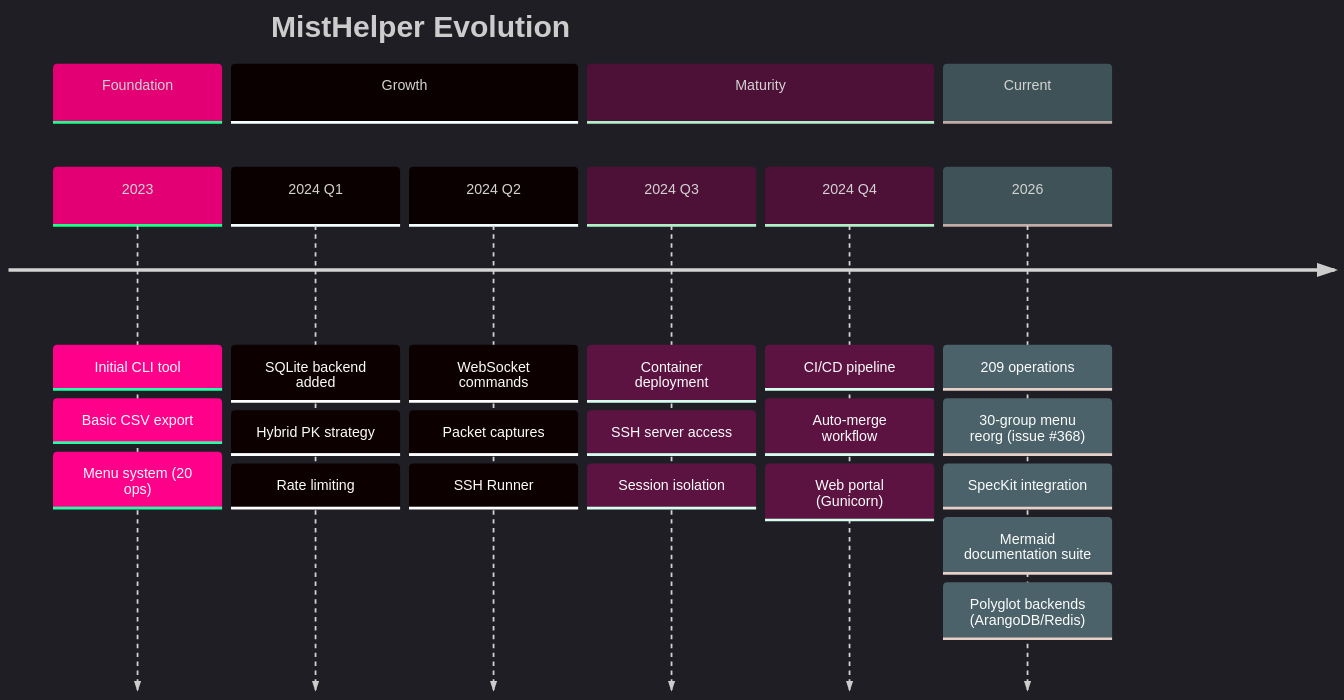
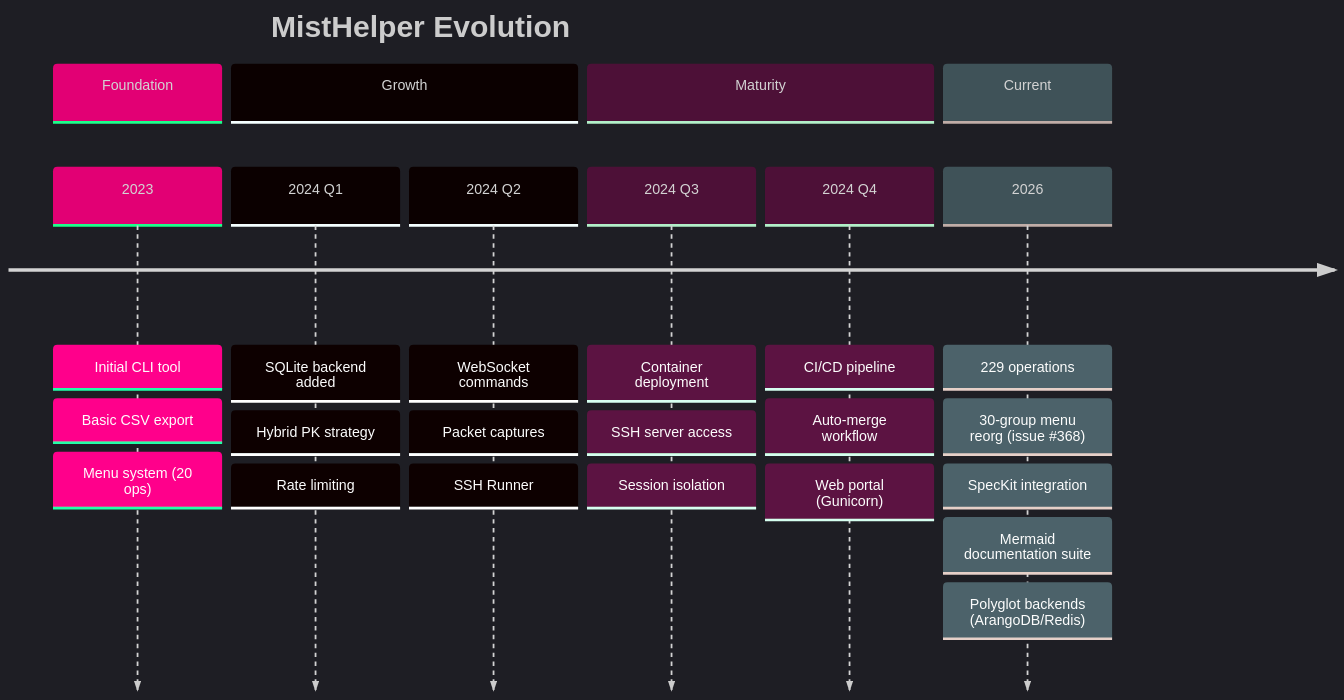
Before and after one commit to jmorrison-juniper/MistHelper: the fifth of 5 diagrams in documentation/diagrams/operations/metrics-and-analytics.md, drawn with Mermaid. The commit also changed other lines of this file and 5 other files, not shown here.

First line of the commit message:
fix(docs): correct the mermaid diagrams and the counts they show

````diff
--- a/documentation/diagrams/operations/metrics-and-analytics.md
+++ b/documentation/diagrams/operations/metrics-and-analytics.md
@@ -149,37 +149,37 @@
 ```mermaid
 %%{init: {'theme': 'dark', 'themeVariables': {
   'primaryColor': '#E20074',
   'primaryTextColor': '#E0E0E0',
   'primaryBorderColor': '#99004D',
   'lineColor': '#FF4DA6',
   'secondaryColor': '#16213E',
   'tertiaryColor': '#1A1A2E',
   'fontFamily': 'ui-monospace, monospace'
 }}}%%
 timeline
     title MistHelper Evolution
     section Foundation
         2023 : Initial CLI tool
              : Basic CSV export
              : Menu system (20 ops)
     section Growth
         2024 Q1 : SQLite backend added
                 : Hybrid PK strategy
                 : Rate limiting
         2024 Q2 : WebSocket commands
                 : Packet captures
                 : SSH Runner
     section Maturity
         2024 Q3 : Container deployment
                 : SSH server access
                 : Session isolation
         2024 Q4 : CI/CD pipeline
                 : Auto-merge workflow
                 : Web portal (Gunicorn)
     section Current
-        2026 : 209 operations
+        2026 : 229 operations
              : 30-group menu reorg (issue #368)
              : SpecKit integration
              : Mermaid documentation suite
              : Polyglot backends (ArangoDB/Redis)
 ```
````
